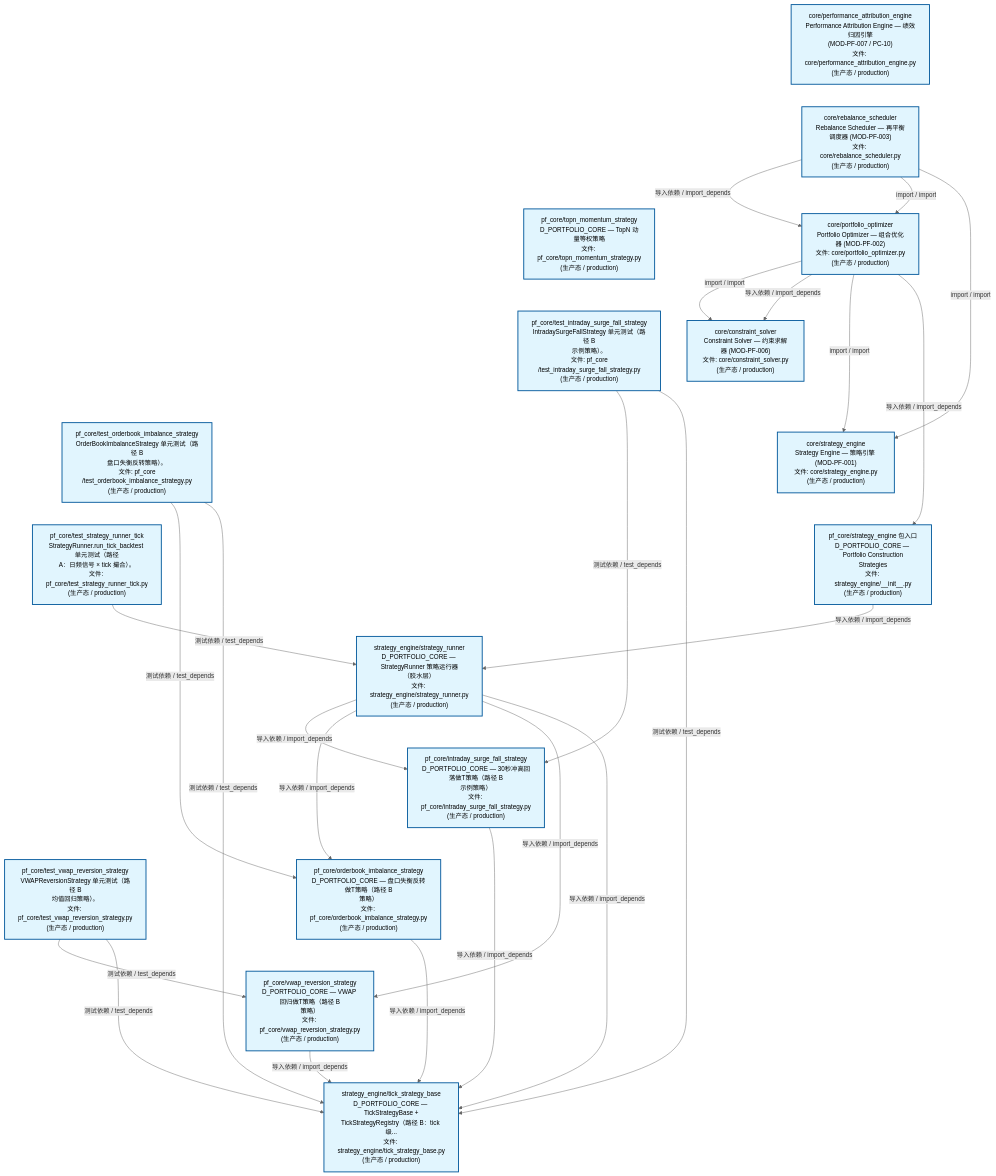
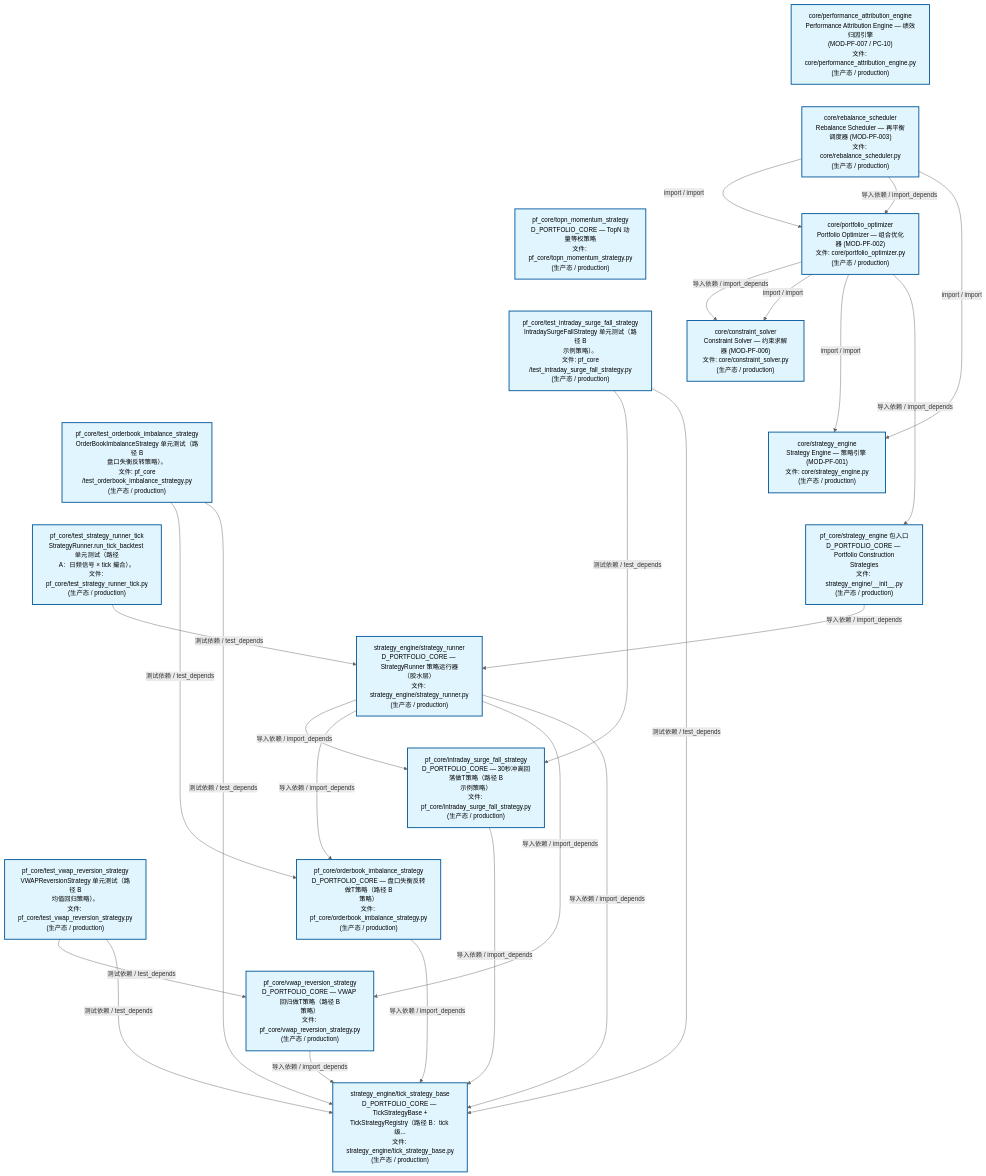
Before and after one commit to xuanFelixVan/ZephyrAlpha: the second of 3 diagrams in docs/02_enterprise_architecture/02_domain_architecture_docs/63_d_pf_core.md, drawn with Mermaid. The commit also changed other lines of this file and 190 other files, not shown here.

````diff
--- a/docs/02_enterprise_architecture/02_domain_architecture_docs/63_d_pf_core.md
+++ b/docs/02_enterprise_architecture/02_domain_architecture_docs/63_d_pf_core.md
@@ -139,57 +139,57 @@
 ```mermaid
 %%{init: {'theme': 'base', 'themeVariables': {'primaryColor': '#eaeaea', 'primaryTextColor': '#333333', 'primaryBorderColor': '#666666', 'lineColor': '#666666', 'secondaryColor': '#eaeaea', 'tertiaryColor': '#eaeaea', 'fontSize': '14px'}}}%%
 flowchart TD
     src_zephyr_pf_core_core_performance_attribution_engine_py["core/performance_attribution_engine<br/>Performance Attribution Engine — 绩效归因引擎<br/>(MOD-PF-007 / PC-10)<br/>文件: core/performance_attribution_engine.py<br/>(生产态 / production)"]
     src_zephyr_pf_core_core_rebalance_scheduler_py["core/rebalance_scheduler<br/>Rebalance Scheduler — 再平衡调度器 (MOD-PF-003)<br/>文件: core/rebalance_scheduler.py<br/>(生产态 / production)"]
     src_zephyr_pf_core_topn_momentum_strategy_py["pf_core/topn_momentum_strategy<br/>D_PORTFOLIO_CORE — TopN 动量等权策略<br/>文件: pf_core/topn_momentum_strategy.py<br/>(生产态 / production)"]
     tests_pf_core_test_intraday_surge_fall_strategy_py["pf_core/test_intraday_surge_fall_strategy<br/>IntradaySurgeFallStrategy 单元测试（路径 B<br/>示例策略）。<br/>文件: pf_core<br/>/test_intraday_surge_fall_strategy.py<br/>(生产态 / production)"]
     tests_pf_core_test_orderbook_imbalance_strategy_py["pf_core/test_orderbook_imbalance_strategy<br/>OrderBookImbalanceStrategy 单元测试（路径 B<br/>盘口失衡反转策略）。<br/>文件: pf_core<br/>/test_orderbook_imbalance_strategy.py<br/>(生产态 / production)"]
     tests_pf_core_test_strategy_runner_tick_py["pf_core/test_strategy_runner_tick<br/>StrategyRunner.run_tick_backtest 单元测试（路径<br/>A：日频信号 × tick 撮合）。<br/>文件: pf_core/test_strategy_runner_tick.py<br/>(生产态 / production)"]
     tests_pf_core_test_vwap_reversion_strategy_py["pf_core/test_vwap_reversion_strategy<br/>VWAPReversionStrategy 单元测试（路径 B<br/>均值回归策略）。<br/>文件: pf_core/test_vwap_reversion_strategy.py<br/>(生产态 / production)"]
     src_zephyr_pf_core_core_performance_attribution_engine_py ~~~ src_zephyr_pf_core_core_rebalance_scheduler_py
     src_zephyr_pf_core_core_rebalance_scheduler_py ~~~ src_zephyr_pf_core_topn_momentum_strategy_py
     src_zephyr_pf_core_topn_momentum_strategy_py ~~~ tests_pf_core_test_intraday_surge_fall_strategy_py
     tests_pf_core_test_intraday_surge_fall_strategy_py ~~~ tests_pf_core_test_orderbook_imbalance_strategy_py
     tests_pf_core_test_orderbook_imbalance_strategy_py ~~~ tests_pf_core_test_strategy_runner_tick_py
     tests_pf_core_test_strategy_runner_tick_py ~~~ tests_pf_core_test_vwap_reversion_strategy_py
     src_zephyr_pf_core_core_portfolio_optimizer_py["core/portfolio_optimizer<br/>Portfolio Optimizer — 组合优化器 (MOD-PF-002)<br/>文件: core/portfolio_optimizer.py<br/>(生产态 / production)"]
     src_zephyr_pf_core_core_constraint_solver_py["core/constraint_solver<br/>Constraint Solver — 约束求解器 (MOD-PF-006)<br/>文件: core/constraint_solver.py<br/>(生产态 / production)"]
     src_zephyr_pf_core_core_strategy_engine_py["core/strategy_engine<br/>Strategy Engine — 策略引擎 (MOD-PF-001)<br/>文件: core/strategy_engine.py<br/>(生产态 / production)"]
     src_zephyr_pf_core_strategy_engine_init_py["pf_core/strategy_engine 包入口<br/>D_PORTFOLIO_CORE — Portfolio Construction<br/>Strategies<br/>文件: strategy_engine/__init__.py<br/>(生产态 / production)"]
     src_zephyr_pf_core_core_constraint_solver_py ~~~ src_zephyr_pf_core_core_strategy_engine_py
     src_zephyr_pf_core_core_strategy_engine_py ~~~ src_zephyr_pf_core_strategy_engine_init_py
     src_zephyr_pf_core_strategy_engine_strategy_runner_py["strategy_engine/strategy_runner<br/>D_PORTFOLIO_CORE — StrategyRunner 策略运行器<br/>（胶水层）<br/>文件: strategy_engine/strategy_runner.py<br/>(生产态 / production)"]
     src_zephyr_pf_core_intraday_surge_fall_strategy_py["pf_core/intraday_surge_fall_strategy<br/>D_PORTFOLIO_CORE — 30秒冲高回落做T策略（路径 B<br/>示例策略）<br/>文件: pf_core/intraday_surge_fall_strategy.py<br/>(生产态 / production)"]
     src_zephyr_pf_core_orderbook_imbalance_strategy_py["pf_core/orderbook_imbalance_strategy<br/>D_PORTFOLIO_CORE — 盘口失衡反转做T策略（路径 B<br/>策略）<br/>文件: pf_core/orderbook_imbalance_strategy.py<br/>(生产态 / production)"]
     src_zephyr_pf_core_vwap_reversion_strategy_py["pf_core/vwap_reversion_strategy<br/>D_PORTFOLIO_CORE — VWAP 回归做T策略（路径 B<br/>策略）<br/>文件: pf_core/vwap_reversion_strategy.py<br/>(生产态 / production)"]
     src_zephyr_pf_core_intraday_surge_fall_strategy_py ~~~ src_zephyr_pf_core_orderbook_imbalance_strategy_py
     src_zephyr_pf_core_orderbook_imbalance_strategy_py ~~~ src_zephyr_pf_core_vwap_reversion_strategy_py
     src_zephyr_pf_core_strategy_engine_tick_strategy_base_py["strategy_engine/tick_strategy_base<br/>D_PORTFOLIO_CORE — TickStrategyBase +<br/>TickStrategyRegistry（路径 B：tick 级...<br/>文件: strategy_engine/tick_strategy_base.py<br/>(生产态 / production)"]
     src_zephyr_pf_core_intraday_surge_fall_strategy_py -->|导入依赖 / import_depends| src_zephyr_pf_core_strategy_engine_tick_strategy_base_py
     src_zephyr_pf_core_orderbook_imbalance_strategy_py -->|导入依赖 / import_depends| src_zephyr_pf_core_strategy_engine_tick_strategy_base_py
     src_zephyr_pf_core_vwap_reversion_strategy_py -->|导入依赖 / import_depends| src_zephyr_pf_core_strategy_engine_tick_strategy_base_py
+    src_zephyr_pf_core_core_rebalance_scheduler_py -->|import / import| src_zephyr_pf_core_core_portfolio_optimizer_py
     src_zephyr_pf_core_core_rebalance_scheduler_py -->|导入依赖 / import_depends| src_zephyr_pf_core_core_portfolio_optimizer_py
-    src_zephyr_pf_core_core_rebalance_scheduler_py -->|import / import| src_zephyr_pf_core_core_portfolio_optimizer_py
     src_zephyr_pf_core_core_rebalance_scheduler_py -->|import / import| src_zephyr_pf_core_core_strategy_engine_py
+    src_zephyr_pf_core_core_portfolio_optimizer_py -->|导入依赖 / import_depends| src_zephyr_pf_core_core_constraint_solver_py
     src_zephyr_pf_core_core_portfolio_optimizer_py -->|import / import| src_zephyr_pf_core_core_constraint_solver_py
-    src_zephyr_pf_core_core_portfolio_optimizer_py -->|导入依赖 / import_depends| src_zephyr_pf_core_core_constraint_solver_py
     src_zephyr_pf_core_core_portfolio_optimizer_py -->|import / import| src_zephyr_pf_core_core_strategy_engine_py
     src_zephyr_pf_core_core_portfolio_optimizer_py -->|导入依赖 / import_depends| src_zephyr_pf_core_strategy_engine_init_py
     src_zephyr_pf_core_strategy_engine_init_py -->|导入依赖 / import_depends| src_zephyr_pf_core_strategy_engine_strategy_runner_py
     src_zephyr_pf_core_strategy_engine_strategy_runner_py -->|导入依赖 / import_depends| src_zephyr_pf_core_intraday_surge_fall_strategy_py
     src_zephyr_pf_core_strategy_engine_strategy_runner_py -->|导入依赖 / import_depends| src_zephyr_pf_core_orderbook_imbalance_strategy_py
     src_zephyr_pf_core_strategy_engine_strategy_runner_py -->|导入依赖 / import_depends| src_zephyr_pf_core_vwap_reversion_strategy_py
     src_zephyr_pf_core_strategy_engine_strategy_runner_py -->|导入依赖 / import_depends| src_zephyr_pf_core_strategy_engine_tick_strategy_base_py
     tests_pf_core_test_intraday_surge_fall_strategy_py -->|测试依赖 / test_depends| src_zephyr_pf_core_intraday_surge_fall_strategy_py
     tests_pf_core_test_intraday_surge_fall_strategy_py -->|测试依赖 / test_depends| src_zephyr_pf_core_strategy_engine_tick_strategy_base_py
     tests_pf_core_test_orderbook_imbalance_strategy_py -->|测试依赖 / test_depends| src_zephyr_pf_core_orderbook_imbalance_strategy_py
     tests_pf_core_test_orderbook_imbalance_strategy_py -->|测试依赖 / test_depends| src_zephyr_pf_core_strategy_engine_tick_strategy_base_py
     tests_pf_core_test_strategy_runner_tick_py -->|测试依赖 / test_depends| src_zephyr_pf_core_strategy_engine_strategy_runner_py
     tests_pf_core_test_vwap_reversion_strategy_py -->|测试依赖 / test_depends| src_zephyr_pf_core_vwap_reversion_strategy_py
     tests_pf_core_test_vwap_reversion_strategy_py -->|测试依赖 / test_depends| src_zephyr_pf_core_strategy_engine_tick_strategy_base_py
     classDef production fill:#e1f5fe,stroke:#01579b,stroke-width:2px,color:#000
     classDef design fill:#fff3e0,stroke:#e65100,stroke-width:2px,color:#000,stroke-dasharray: 5 5
     classDef external_prod fill:#e8f4fd,stroke:#0277bd,stroke-width:1px,color:#000
     classDef external_design fill:#fff8e7,stroke:#ef6c00,stroke-width:1px,color:#000,stroke-dasharray: 5 5
     class src_zephyr_pf_core_core_constraint_solver_py,src_zephyr_pf_core_core_performance_attribution_engine_py,src_zephyr_pf_core_core_portfolio_optimizer_py,src_zephyr_pf_core_core_rebalance_scheduler_py,src_zephyr_pf_core_core_strategy_engine_py,src_zephyr_pf_core_intraday_surge_fall_strategy_py,src_zephyr_pf_core_orderbook_imbalance_strategy_py,src_zephyr_pf_core_strategy_engine_init_py,src_zephyr_pf_core_strategy_engine_strategy_runner_py,src_zephyr_pf_core_strategy_engine_tick_strategy_base_py,src_zephyr_pf_core_topn_momentum_strategy_py,src_zephyr_pf_core_vwap_reversion_strategy_py,tests_pf_core_test_intraday_surge_fall_strategy_py,tests_pf_core_test_orderbook_imbalance_strategy_py,tests_pf_core_test_strategy_runner_tick_py,tests_pf_core_test_vwap_reversion_strategy_py production
 ```
````
